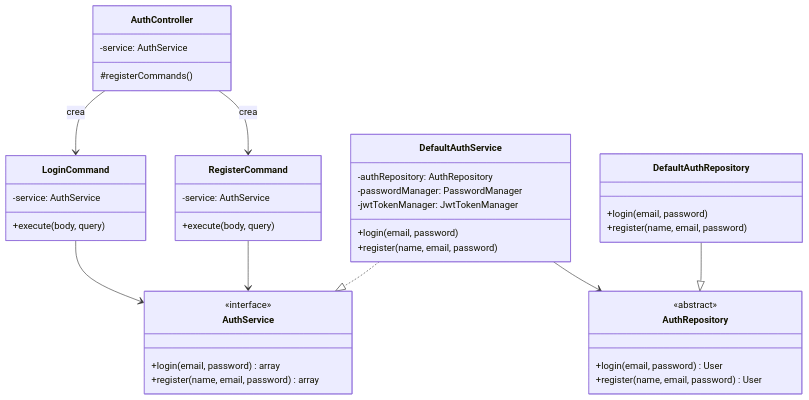
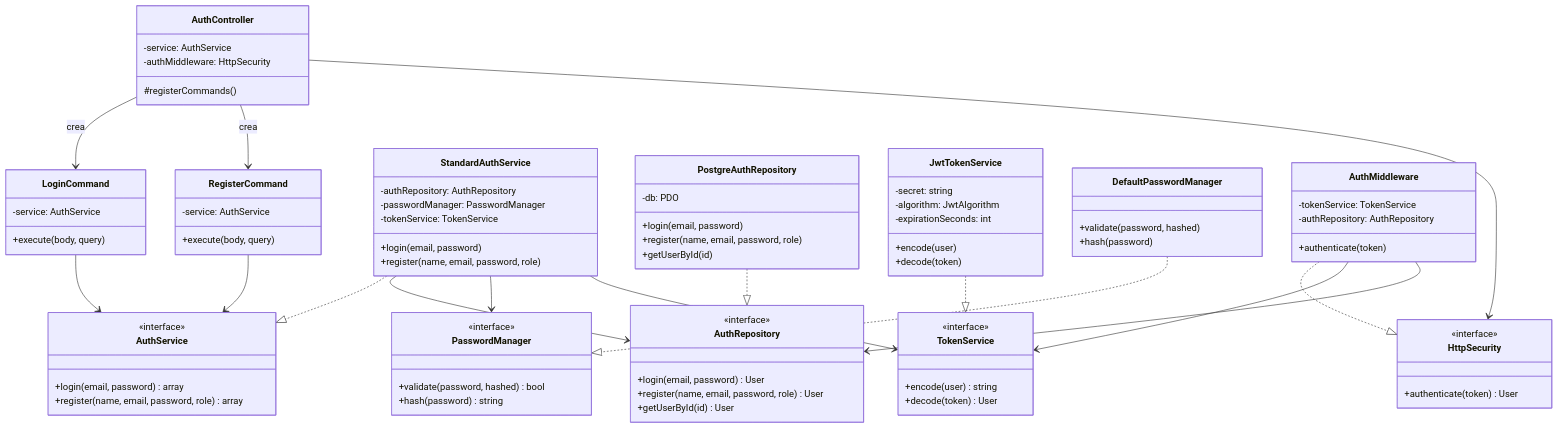
One commit to mb4dev/progetto-prova changed the first of 5 diagrams in consegna docu/moduli/auth/backend/design.md. Above: the diagram before and after it, drawn with Mermaid. The commit also changed other lines of this file and 6 other files, not shown here.

````diff
--- a/consegna docu/moduli/auth/backend/design.md
+++ b/consegna docu/moduli/auth/backend/design.md
@@ -6,6 +10,7 @@
 classDiagram
     class AuthController {
         -service: AuthService
+        -authMiddleware: HttpSecurity
         #registerCommands()
     }
 
@@ -22,33 +27,80 @@
     class AuthService {
         <<interface>>
         +login(email, password) array
-        +register(name, email, password) array
+        +register(name, email, password, role) array
     }
 
-    class DefaultAuthService {
+    class StandardAuthService {
         -authRepository: AuthRepository
         -passwordManager: PasswordManager
-        -jwtTokenManager: JwtTokenManager
+        -tokenService: TokenService
         +login(email, password)
-        +register(name, email, password)
+        +register(name, email, password, role)
     }
 
     class AuthRepository {
-        <<abstract>>
+        <<interface>>
         +login(email, password) User
-        +register(name, email, password) User
+        +register(name, email, password, role) User
+        +getUserById(id) User
     }
 
-    class DefaultAuthRepository {
+    class PostgreAuthRepository {
+        -db: PDO
         +login(email, password)
-        +register(name, email, password)
+        +register(name, email, password, role)
+        +getUserById(id)
+    }
+
+    class TokenService {
+        <<interface>>
+        +encode(user) string
+        +decode(token) User
+    }
+
+    class JwtTokenService {
+        -secret: string
+        -algorithm: JwtAlgorithm
+        -expirationSeconds: int
+        +encode(user)
+        +decode(token)
+    }
+
+    class PasswordManager {
+        <<interface>>
+        +validate(password, hashed) bool
+        +hash(password) string
+    }
+
+    class DefaultPasswordManager {
+        +validate(password, hashed)
+        +hash(password)
+    }
+
+    class HttpSecurity {
+        <<interface>>
+        +authenticate(token) User
+    }
+
+    class AuthMiddleware {
+        -tokenService: TokenService
+        -authRepository: AuthRepository
+        +authenticate(token)
     }
 
     AuthController --> LoginCommand : crea
     AuthController --> RegisterCommand : crea
+    AuthController --> HttpSecurity
     LoginCommand --> AuthService
     RegisterCommand --> AuthService
-    DefaultAuthService ..|> AuthService
-    DefaultAuthService --> AuthRepository
-    DefaultAuthRepository --|> AuthRepository
+    StandardAuthService ..|> AuthService
+    StandardAuthService --> AuthRepository
+    StandardAuthService --> PasswordManager
+    StandardAuthService --> TokenService
+    PostgreAuthRepository ..|> AuthRepository
+    JwtTokenService ..|> TokenService
+    DefaultPasswordManager ..|> PasswordManager
+    AuthMiddleware ..|> HttpSecurity
+    AuthMiddleware --> TokenService
+    AuthMiddleware --> AuthRepository
 ```
````
